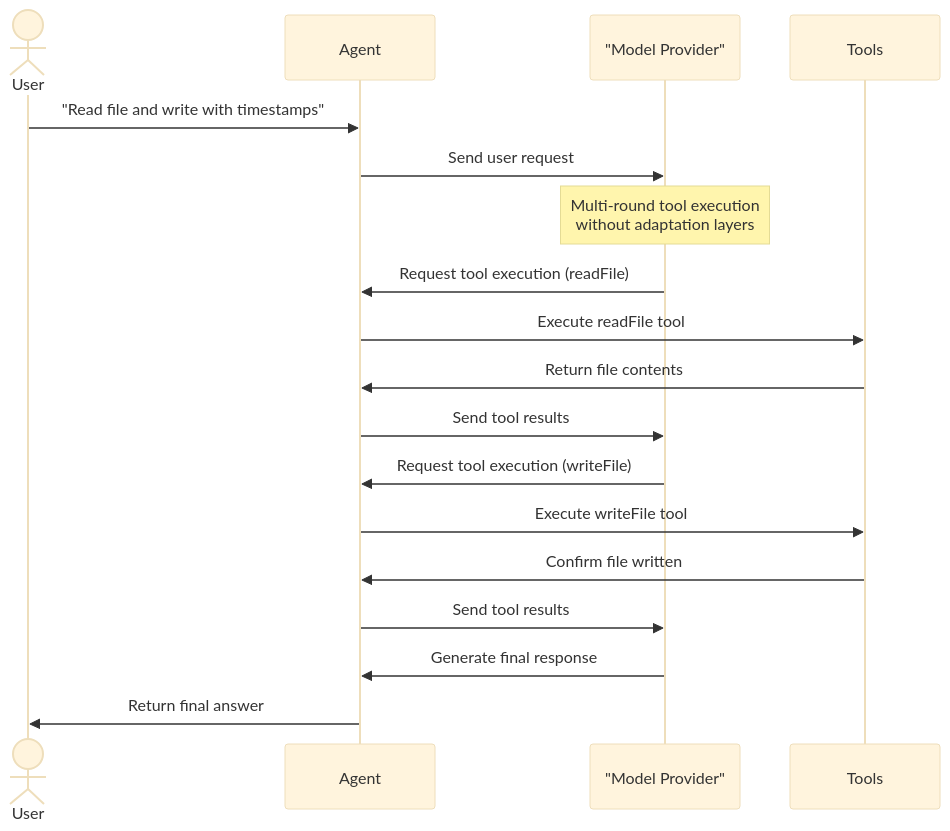
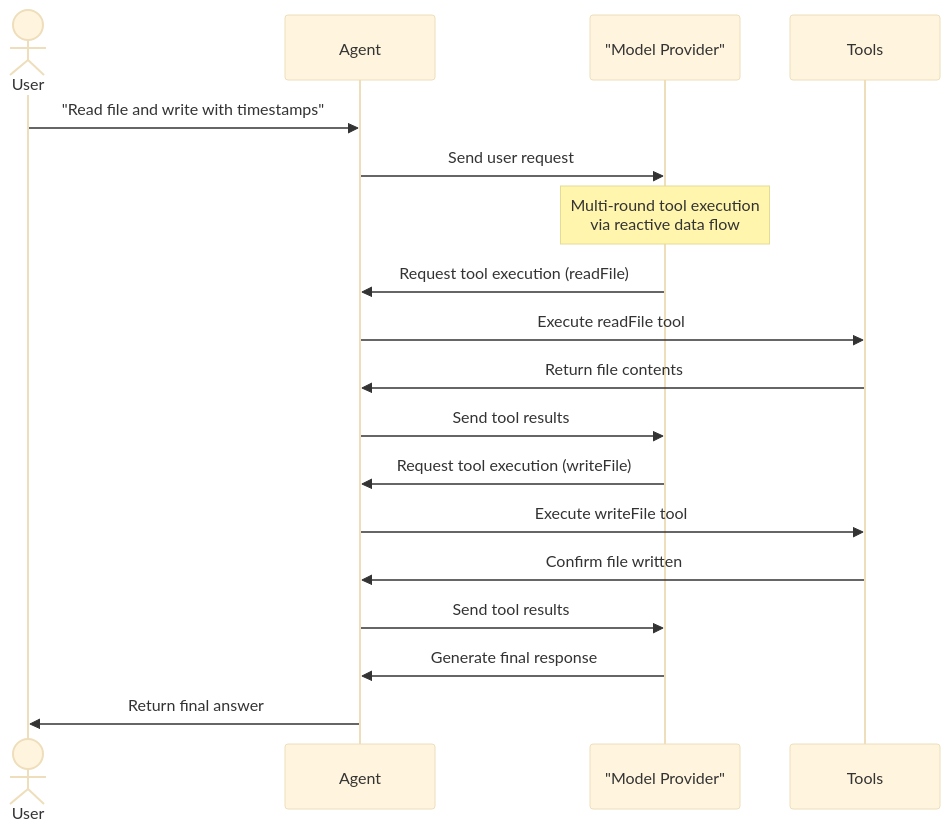
Before and after one commit to astack-tech/astack: the second of 6 diagrams in README.md, drawn with Mermaid (base theme). The commit also changed other lines of this file and 7 other files, not shown here.

````diff
--- a/README.md
+++ b/README.md
@@ -155,21 +180,21 @@
 ```mermaid
 sequenceDiagram
     actor User as User
     participant Agent
     participant ModelProvider as "Model Provider"
     participant Tools
     
     User->>Agent: "Read file and write with timestamps"
     Agent->>ModelProvider: Send user request
-    Note over ModelProvider: Multi-round tool execution<br/>without adaptation layers
+    Note over ModelProvider: Multi-round tool execution<br/>via reactive data flow
     ModelProvider->>Agent: Request tool execution (readFile)
     Agent->>Tools: Execute readFile tool
     Tools->>Agent: Return file contents
     Agent->>ModelProvider: Send tool results
     ModelProvider->>Agent: Request tool execution (writeFile)
     Agent->>Tools: Execute writeFile tool
     Tools->>Agent: Confirm file written
     Agent->>ModelProvider: Send tool results
     ModelProvider->>Agent: Generate final response
     Agent->>User: Return final answer
 ```
````
